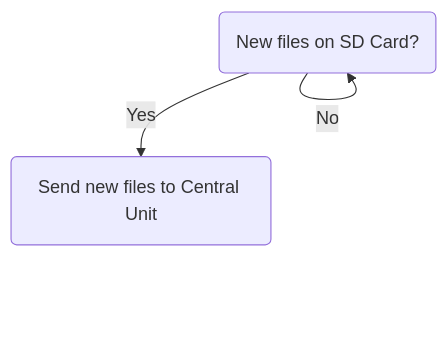
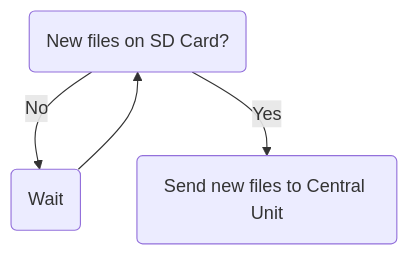
One commit to PEEC-Nature-Youth-Group/PumaGuard changed the second of 4 diagrams in docs/source/HLD.rst. Above: the diagram before and after it, drawn with Mermaid. The commit also changed other lines of this file, not shown here.

Commit message:
Add Wait states

```diff
--- a/docs/source/HLD.rst
+++ b/docs/source/HLD.rst
@@ -33,7 +33,7 @@
    .. mermaid::
       :zoom:
       :caption: Flowchart of Trailcam Unit
 
       flowchart TB
-      A("New files on SD Card?") -- No --> A
+      A("New files on SD Card?") -- No --> C("Wait") --> A
       A -- Yes --> B("Send new files to Central Unit")
```
